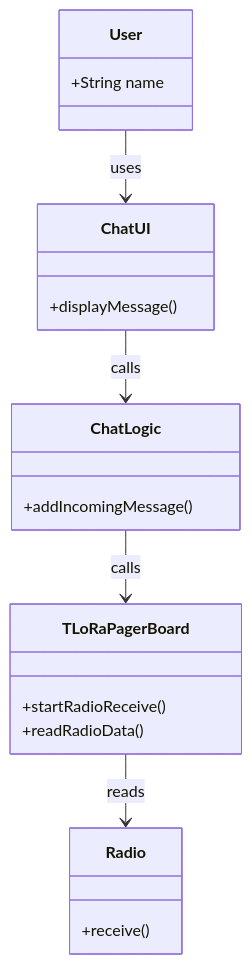
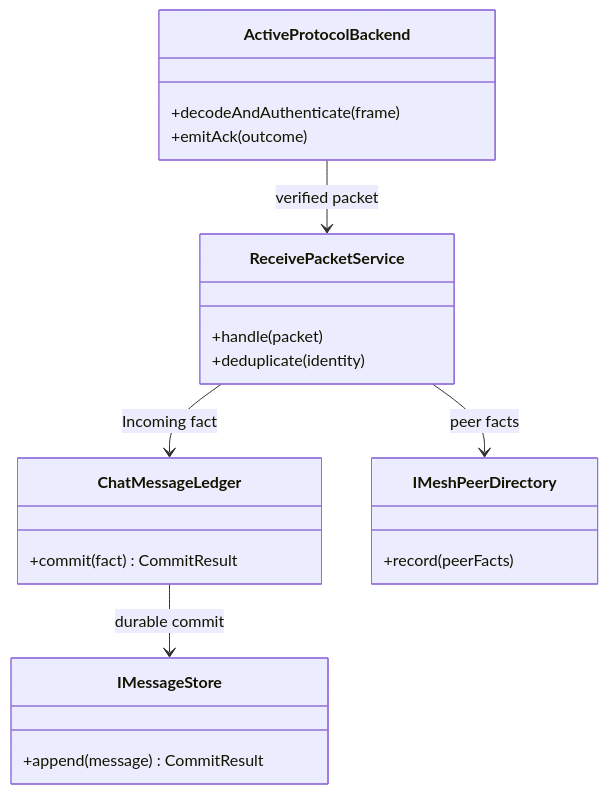
One commit to manmuqingshan/trail-mate changed the diagram in docs/design/use-case-diagrams/receive-text-message/realization/class-collaboration.md. Above: the diagram before and after it, drawn with Mermaid. The commit also changed other lines of this file and 290 other files, not shown here.

````diff
--- a/docs/design/use-case-diagrams/receive-text-message/realization/class-collaboration.md
+++ b/docs/design/use-case-diagrams/receive-text-message/realization/class-collaboration.md
@@ -67,23 +3,24 @@
 ```mermaid
 classDiagram
-  class User {
-    +String name
+  class ActiveProtocolBackend {
+    +decodeAndAuthenticate(frame)
+    +emitAck(outcome)
   }
-  class ChatUI {
-    +displayMessage()
+  class ReceivePacketService {
+    +handle(packet)
+    +deduplicate(identity)
   }
-  class ChatLogic {
-    +addIncomingMessage()
+  class ChatMessageLedger {
+    +commit(fact) CommitResult
   }
-  class TLoRaPagerBoard {
-    +startRadioReceive()
-    +readRadioData()
+  class IMeshPeerDirectory {
+    +record(peerFacts)
   }
-  class Radio {
-    +receive()
+  class IMessageStore {
+    +append(message) CommitResult
   }
-  User --> ChatUI : uses
-  ChatUI --> ChatLogic : calls
-  ChatLogic --> TLoRaPagerBoard : calls
-  TLoRaPagerBoard --> Radio : reads
+  ActiveProtocolBackend --> ReceivePacketService : verified packet
+  ReceivePacketService --> IMeshPeerDirectory : peer facts
+  ReceivePacketService --> ChatMessageLedger : Incoming fact
+  ChatMessageLedger --> IMessageStore : durable commit
 ```
````
